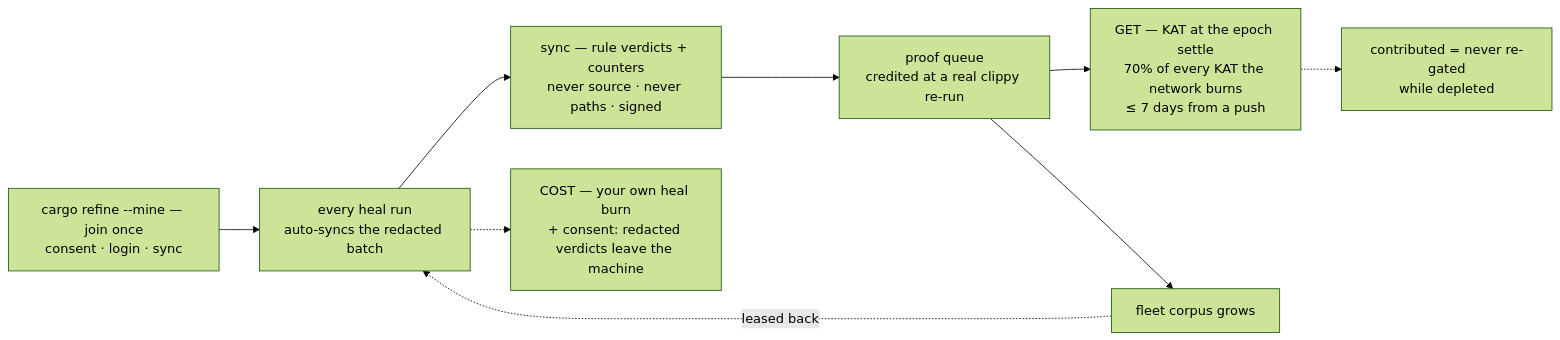
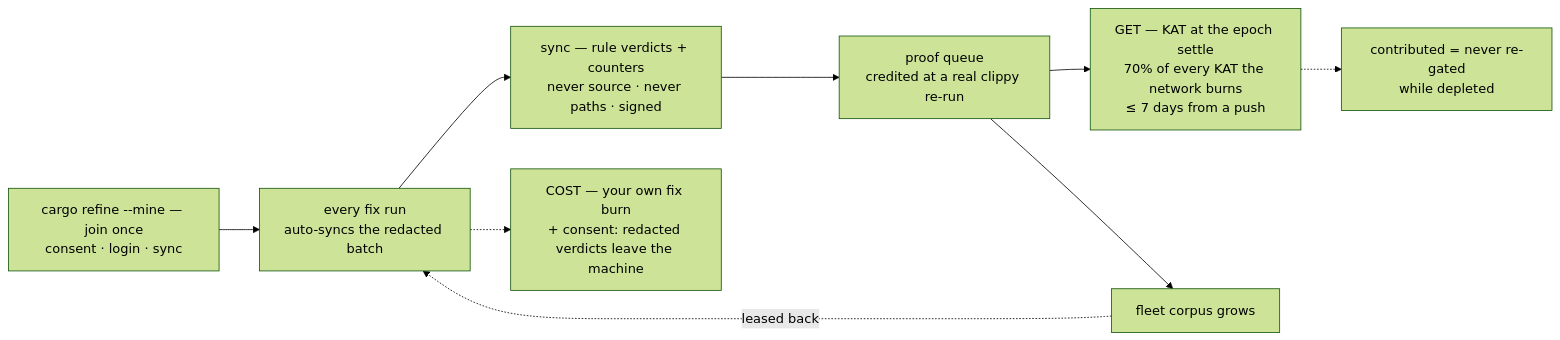
The second of 4 diagrams in .docs/01_orientation/role_flows.md (riir-ai/riir-refine), drawn with Mermaid (forest theme) before and after one commit. The commit also changed other lines of this file and 40 other files, not shown here.

````diff
--- a/.docs/01_orientation/role_flows.md
+++ b/.docs/01_orientation/role_flows.md
@@ -121,11 +121,11 @@
 ```mermaid
 flowchart LR
-    JOIN["cargo refine --mine — join once<br/>consent · login · sync"] --> RUN["every heal run<br/>auto-syncs the redacted batch"]
+    JOIN["cargo refine --mine — join once<br/>consent · login · sync"] --> RUN["every fix run<br/>auto-syncs the redacted batch"]
     RUN --> PUSH["sync — rule verdicts + counters<br/>never source · never paths · signed"]
     PUSH --> PROOF["proof queue<br/>credited at a real clippy re-run"]
     PROOF --> SETTLE["GET — KAT at the epoch settle<br/>70% of every KAT the network burns<br/>≤ 7 days from a push"]
-    RUN -.-> COST["COST — your own heal burn<br/>+ consent: redacted verdicts leave the machine"]
+    RUN -.-> COST["COST — your own fix burn<br/>+ consent: redacted verdicts leave the machine"]
     SETTLE -.-> LIFT["contributed = never re-gated<br/>while depleted"]
     PROOF --> GROW["fleet corpus grows"]
     GROW -.->|"leased back"| RUN
 ```
````
